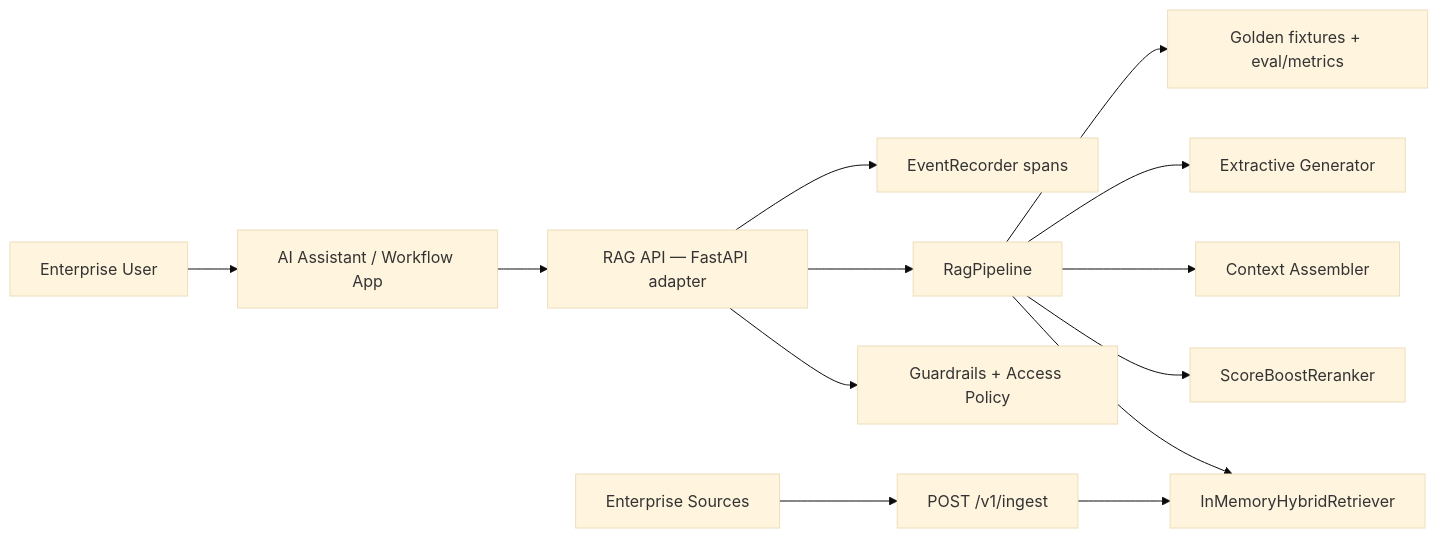
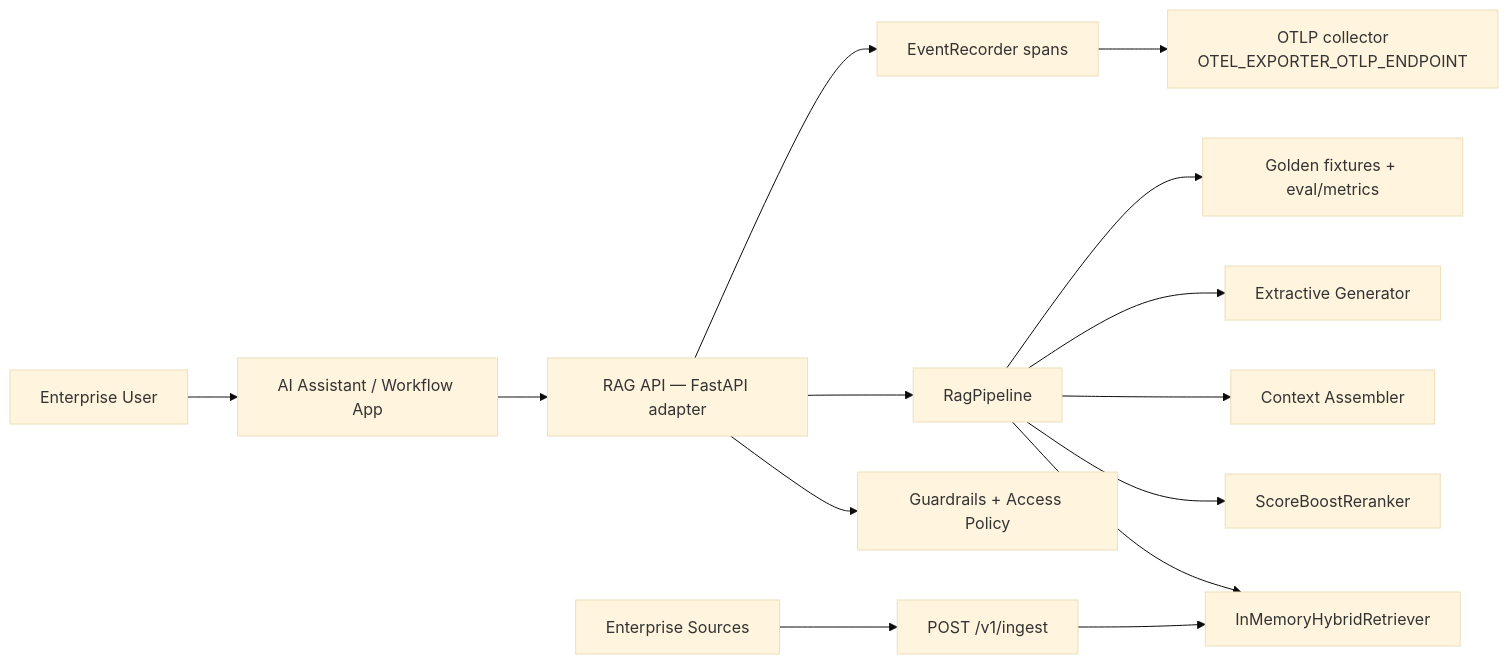
One commit to vpeetla-ai/enterprise_rag_platform changed the first of 4 diagrams in README.md. Above: the diagram before and after it, drawn with Mermaid (base theme). The commit also changed other lines of this file and 1 other file, not shown here.

Commit message:
Add OTLP observability layer to architecture diagrams.

````diff
--- a/README.md
+++ b/README.md
@@ -56,15 +56,16 @@
 ```mermaid
 flowchart LR
   User["Enterprise User"] --> App["AI Assistant / Workflow App"]
   App --> Gateway["RAG API — FastAPI adapter"]
   Gateway --> Policy["Guardrails + Access Policy"]
   Gateway --> Orchestrator["RagPipeline"]
   Orchestrator --> Retrieval["InMemoryHybridRetriever"]
   Orchestrator --> Rerank["ScoreBoostReranker"]
   Orchestrator --> Context["Context Assembler"]
   Orchestrator --> Gen["Extractive Generator"]
   Sources["Enterprise Sources"] --> Ingestion["POST /v1/ingest"]
   Ingestion --> Retrieval
   Gateway --> Obs["EventRecorder spans"]
   Orchestrator --> Eval["Golden fixtures + eval/metrics"]
+  Obs --> OTLP["OTLP collector<br/>OTEL_EXPORTER_OTLP_ENDPOINT"]
 ```
````
